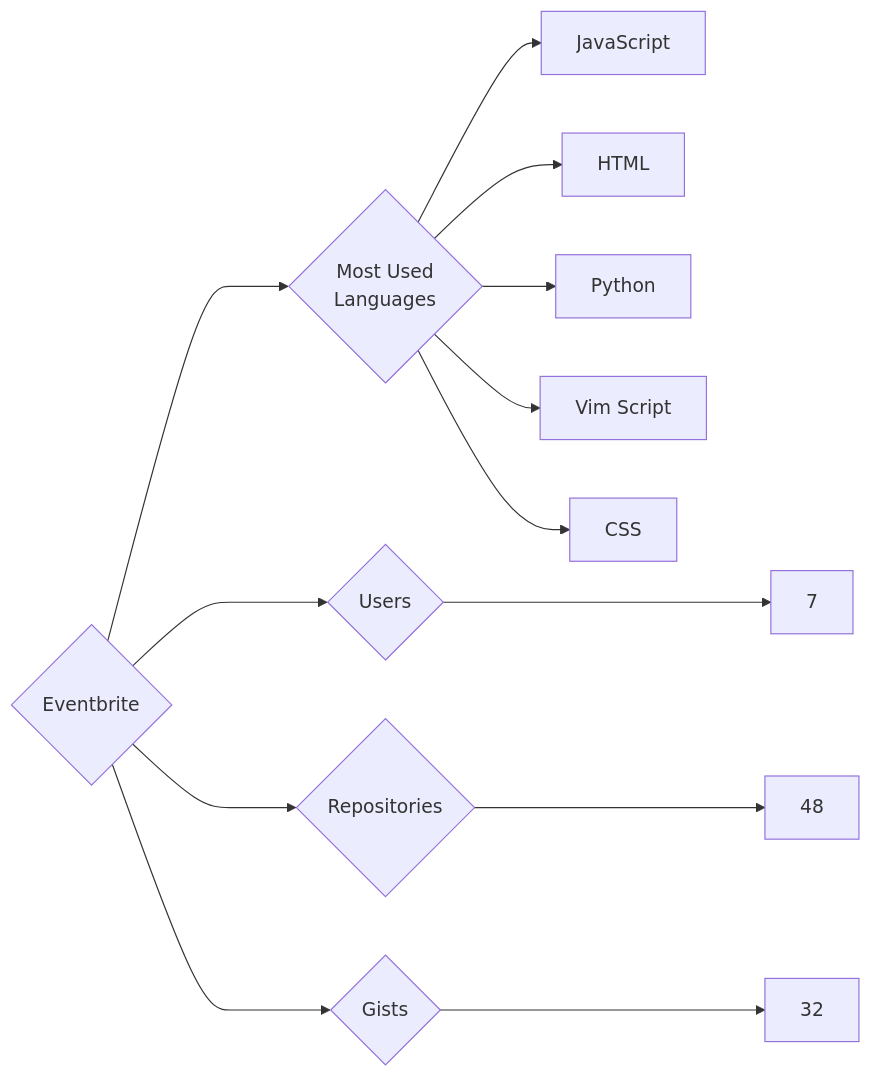
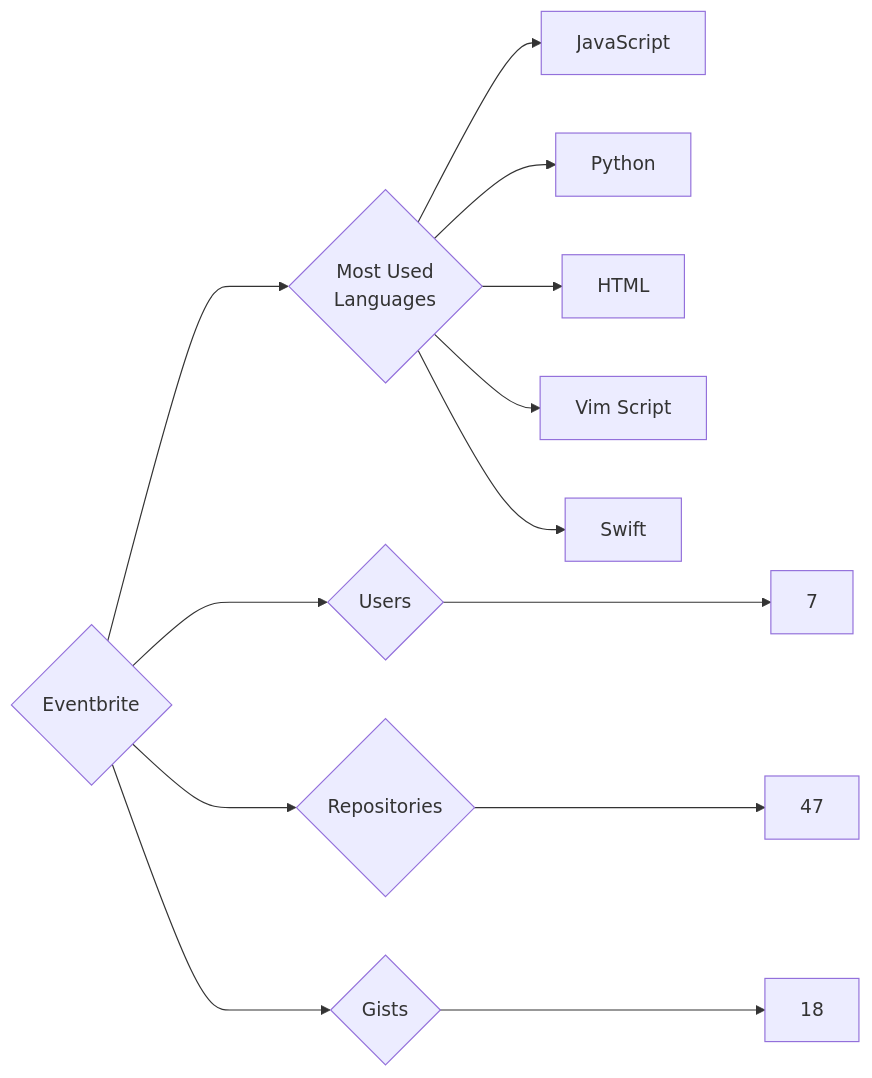
One commit to trickest/insiders changed the diagram in targets/Eventbrite/README.md. Above: the diagram before and after it, drawn with Mermaid. The commit also changed 1030 other files, not shown here.

````diff
--- a/targets/Eventbrite/README.md
+++ b/targets/Eventbrite/README.md
@@ -3,13 +3,13 @@
 ```mermaid
 graph LR
 COMPANY_NAME{Eventbrite}
 COMPANY_NAME ---> U{Users} ---> UN[7]
-COMPANY_NAME ---> R{Repositories} ---> RN[48]
-COMPANY_NAME ---> G{Gists} ---> GN[32]
+COMPANY_NAME ---> R{Repositories} ---> RN[47]
+COMPANY_NAME ---> G{Gists} ---> GN[18]
 COMPANY_NAME ---> ML{Most Used<br>Languages}
 ML --> JavaScript[JavaScript]
+ML --> Python[Python]
 ML --> HTML[HTML]
-ML --> Python[Python]
 ML --> Vim_Script[Vim Script]
-ML --> CSS[CSS]
+ML --> Swift[Swift]
 ```
````
